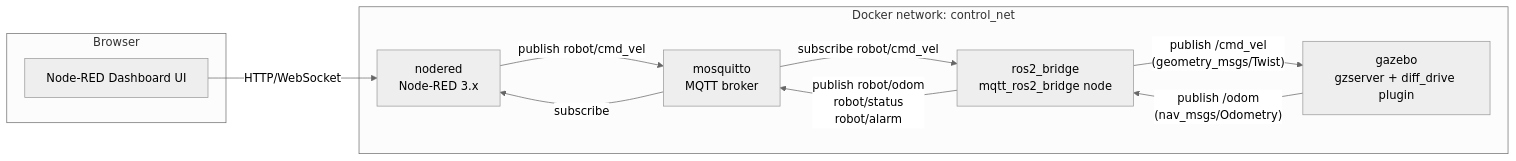
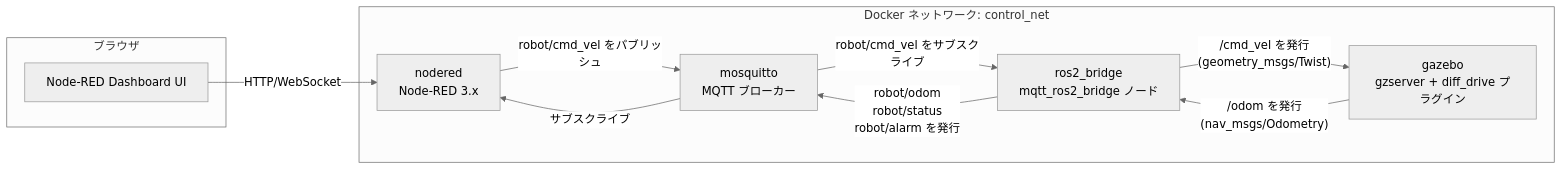
Before and after one commit to taku0310/gazebo-nodered-control: the first of 2 diagrams in docs/architecture.md, drawn with Mermaid (neutral theme). The commit also changed other lines of this file and 5 other files, not shown here.

````diff
--- a/docs/architecture.md
+++ b/docs/architecture.md
@@ -13,21 +14,21 @@
 ```mermaid
 flowchart LR
-    subgraph Browser
+    subgraph Browser["ブラウザ"]
       UI[Node-RED Dashboard UI]
     end
 
-    subgraph control_net["Docker network: control_net"]
+    subgraph control_net["Docker ネットワーク: control_net"]
       NR[nodered<br/>Node-RED 3.x]
-      MB[mosquitto<br/>MQTT broker]
-      BR[ros2_bridge<br/>mqtt_ros2_bridge node]
-      GZ[gazebo<br/>gzserver + diff_drive plugin]
+      MB[mosquitto<br/>MQTT ブローカー]
+      BR[ros2_bridge<br/>mqtt_ros2_bridge ノード]
+      GZ[gazebo<br/>gzserver + diff_drive プラグイン]
     end
 
     UI -- HTTP/WebSocket --> NR
-    NR -- "publish robot/cmd_vel" --> MB
-    MB -- "subscribe robot/cmd_vel" --> BR
-    BR -- "publish /cmd_vel<br/>(geometry_msgs/Twist)" --> GZ
-    GZ -- "publish /odom<br/>(nav_msgs/Odometry)" --> BR
-    BR -- "publish robot/odom<br/>robot/status<br/>robot/alarm" --> MB
-    MB -- subscribe --> NR
+    NR -- "robot/cmd_vel をパブリッシュ" --> MB
+    MB -- "robot/cmd_vel をサブスクライブ" --> BR
+    BR -- "/cmd_vel を発行<br/>(geometry_msgs/Twist)" --> GZ
+    GZ -- "/odom を発行<br/>(nav_msgs/Odometry)" --> BR
+    BR -- "robot/odom<br/>robot/status<br/>robot/alarm を発行" --> MB
+    MB -- "サブスクライブ" --> NR
 ```
````
